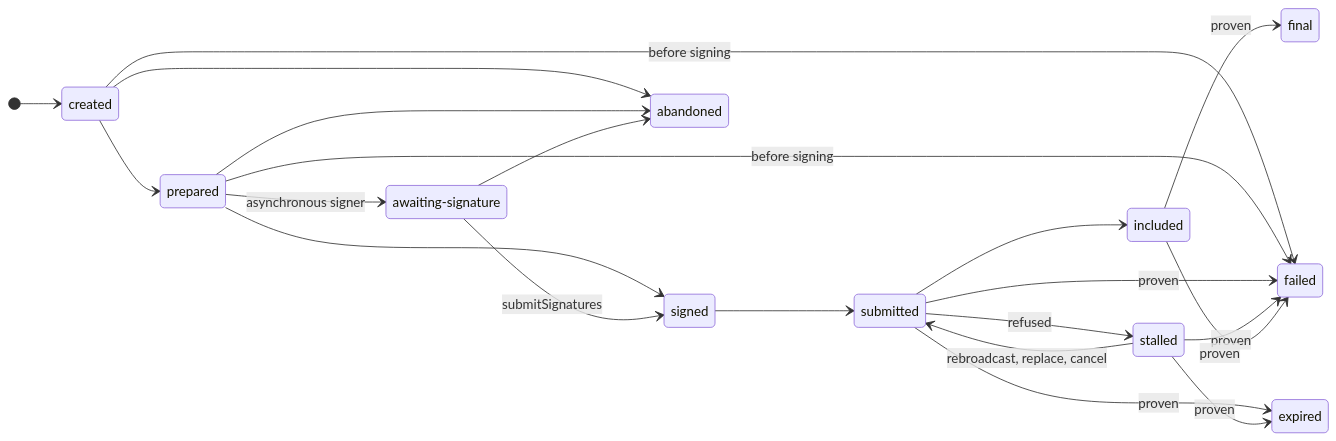
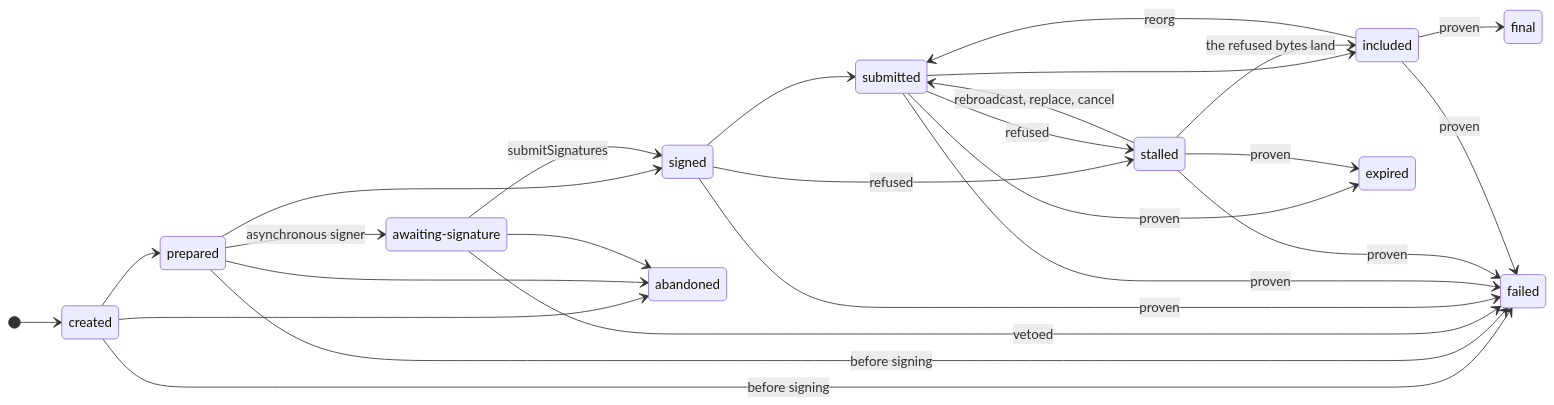
One commit to vhidvz/crypto-aio changed the third of 3 diagrams in docs/tour/transfer.md. Above: the diagram before and after it, drawn with Mermaid. The commit also changed other lines of this file and 470 other files, not shown here.

````diff
--- a/docs/tour/transfer.md
+++ b/docs/tour/transfer.md
@@ -106,25 +106,30 @@
 ```mermaid
 stateDiagram-v2
   direction LR
   state "awaiting-signature" as awaiting
   [*] --> created
   created --> prepared
   prepared --> awaiting: asynchronous signer
   prepared --> signed
   awaiting --> signed: submitSignatures
   signed --> submitted
   submitted --> included
   included --> final: proven
+  included --> submitted: reorg
+  signed --> stalled: refused
   submitted --> stalled: refused
   stalled --> submitted: rebroadcast, replace, cancel
+  stalled --> included: the refused bytes land
   created --> abandoned
   prepared --> abandoned
   awaiting --> abandoned
   created --> failed: before signing
   prepared --> failed: before signing
+  awaiting --> failed: vetoed
+  signed --> failed: proven
   submitted --> failed: proven
   stalled --> failed: proven
   included --> failed: proven
   submitted --> expired: proven
   stalled --> expired: proven
 ```
````
